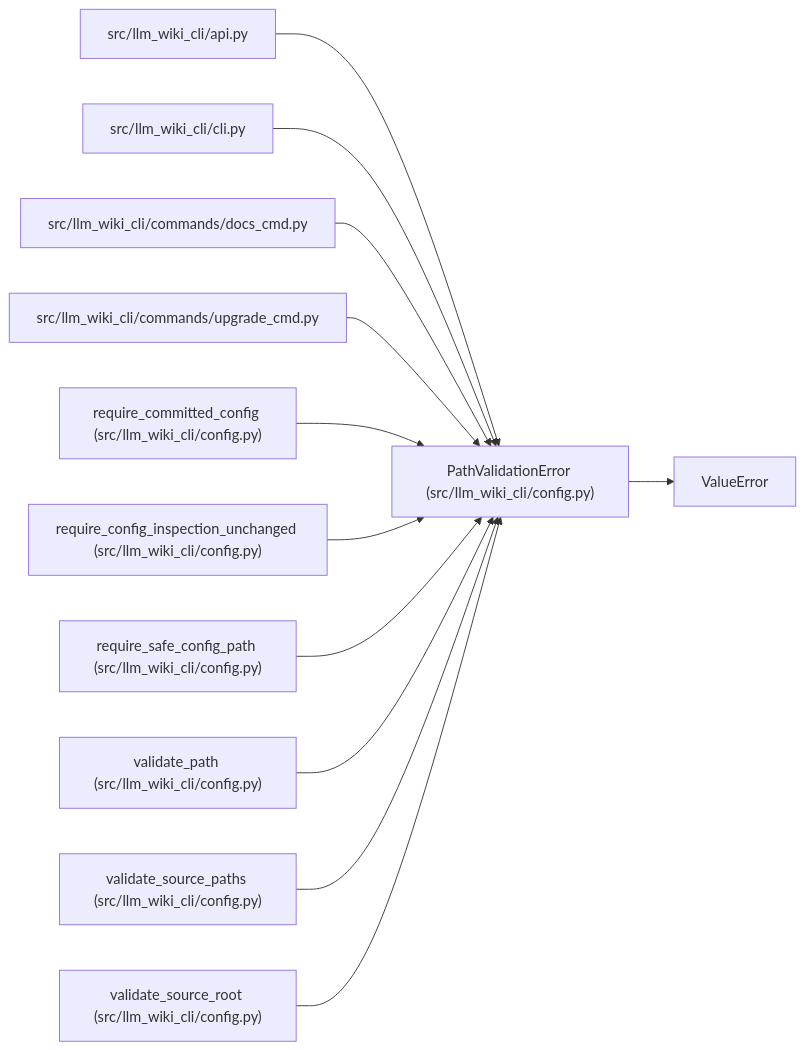
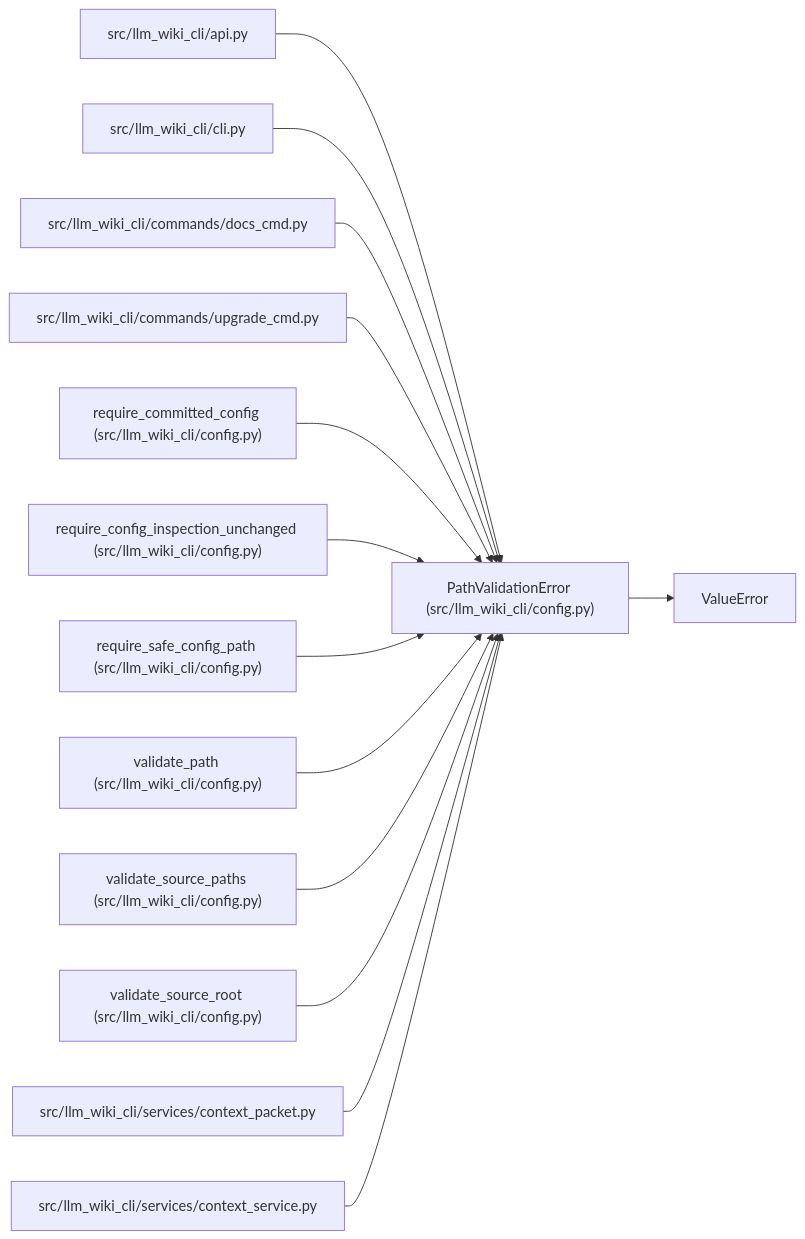
One commit to Denissvgn/python-wiki-llm changed the diagram in docs/llm_wiki/entities/PathValidationError.md. Above: the diagram before and after it, drawn with Mermaid. The commit also changed other lines of this file and 493 other files, not shown here.

````diff
--- a/docs/llm_wiki/entities/PathValidationError.md
+++ b/docs/llm_wiki/entities/PathValidationError.md
@@ -23,37 +23,43 @@
 ```mermaid
 flowchart LR
     n0["PathValidationError (src/llm_wiki_cli/config.py)"]
     n1["ValueError"]
     n2["src/llm_wiki_cli/api.py"]
     n3["src/llm_wiki_cli/cli.py"]
     n4["src/llm_wiki_cli/commands/docs_cmd.py"]
     n5["src/llm_wiki_cli/commands/upgrade_cmd.py"]
     n6["require_committed_config (src/llm_wiki_cli/config.py)"]
     n7["require_config_inspection_unchanged (src/llm_wiki_cli/config.py)"]
     n8["require_safe_config_path (src/llm_wiki_cli/config.py)"]
     n9["validate_path (src/llm_wiki_cli/config.py)"]
     n10["validate_source_paths (src/llm_wiki_cli/config.py)"]
     n11["validate_source_root (src/llm_wiki_cli/config.py)"]
+    n12["src/llm_wiki_cli/services/context_packet.py"]
+    n13["src/llm_wiki_cli/services/context_service.py"]
     n0 --> n1
     n2 --> n0
     n3 --> n0
     n4 --> n0
     n5 --> n0
     n6 --> n0
     n7 --> n0
     n8 --> n0
     n9 --> n0
     n10 --> n0
     n11 --> n0
+    n12 --> n0
+    n13 --> n0
     click n0 "../modules/config.md"
     click n2 "../modules/api.md"
     click n3 "../modules/cli.md"
     click n4 "../modules/docs_cmd.md"
     click n5 "../modules/upgrade_cmd.md"
     click n6 "../modules/config.md"
     click n7 "../modules/config.md"
     click n8 "../modules/config.md"
     click n9 "../modules/config.md"
     click n10 "../modules/config.md"
     click n11 "../modules/config.md"
+    click n12 "../modules/context_packet.md"
+    click n13 "../modules/context_service.md"
 ```
````
